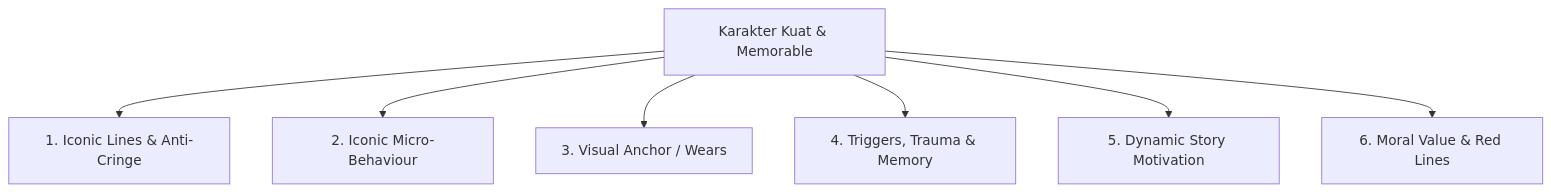
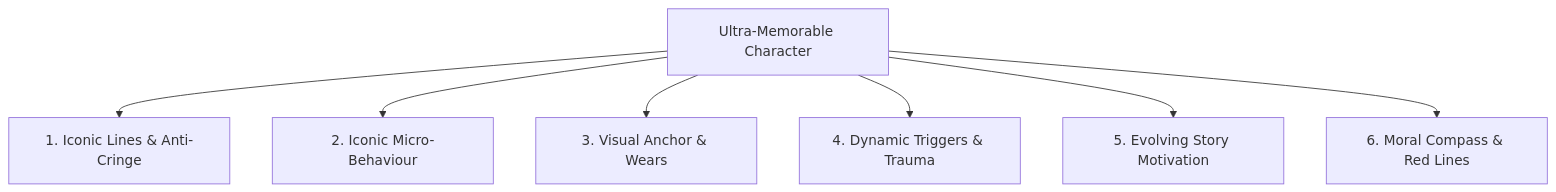
Before and after one commit to dwianggororeal/detailed-novel-agent-skill: the first of 2 diagrams in character_bible_creation/CHARACTER_BIBLE_GUIDE_AND_AUDIT.md, drawn with Mermaid. The commit also changed other lines of this file and 57 other files, not shown here.

````diff
--- a/character_bible_creation/CHARACTER_BIBLE_GUIDE_AND_AUDIT.md
+++ b/character_bible_creation/CHARACTER_BIBLE_GUIDE_AND_AUDIT.md
@@ -36,9 +36,9 @@
 ```mermaid
 graph TD
-    A[Karakter Kuat & Memorable] --> B[1. Iconic Lines & Anti-Cringe]
+    A[Ultra-Memorable Character] --> B[1. Iconic Lines & Anti-Cringe]
     A --> C[2. Iconic Micro-Behaviour]
-    A --> D[3. Visual Anchor / Wears]
-    A --> E[4. Triggers, Trauma & Memory]
-    A --> F[5. Dynamic Story Motivation]
-    A --> G[6. Moral Value & Red Lines]
+    A --> D[3. Visual Anchor & Wears]
+    A --> E[4. Dynamic Triggers & Trauma]
+    A --> F[5. Evolving Story Motivation]
+    A --> G[6. Moral Compass & Red Lines]
 ```
````
